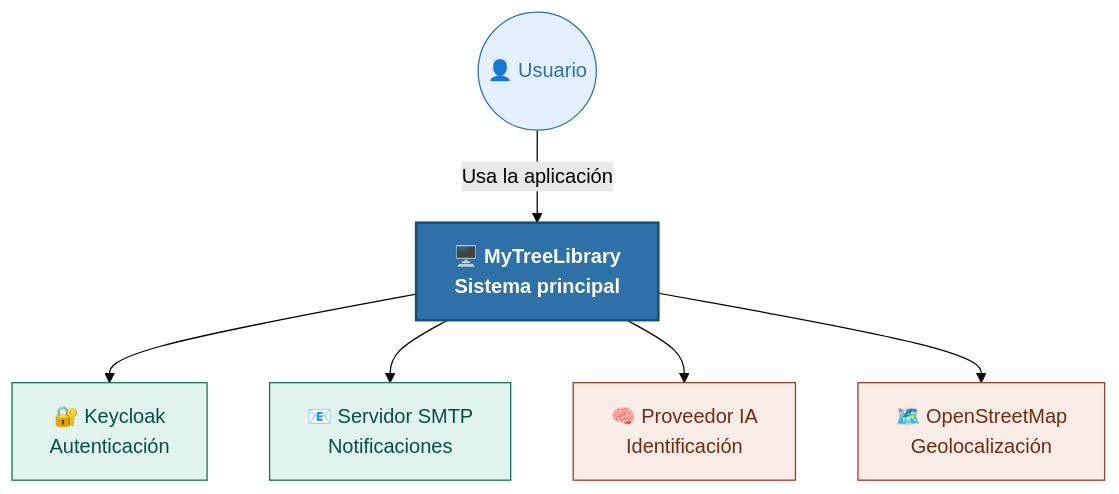
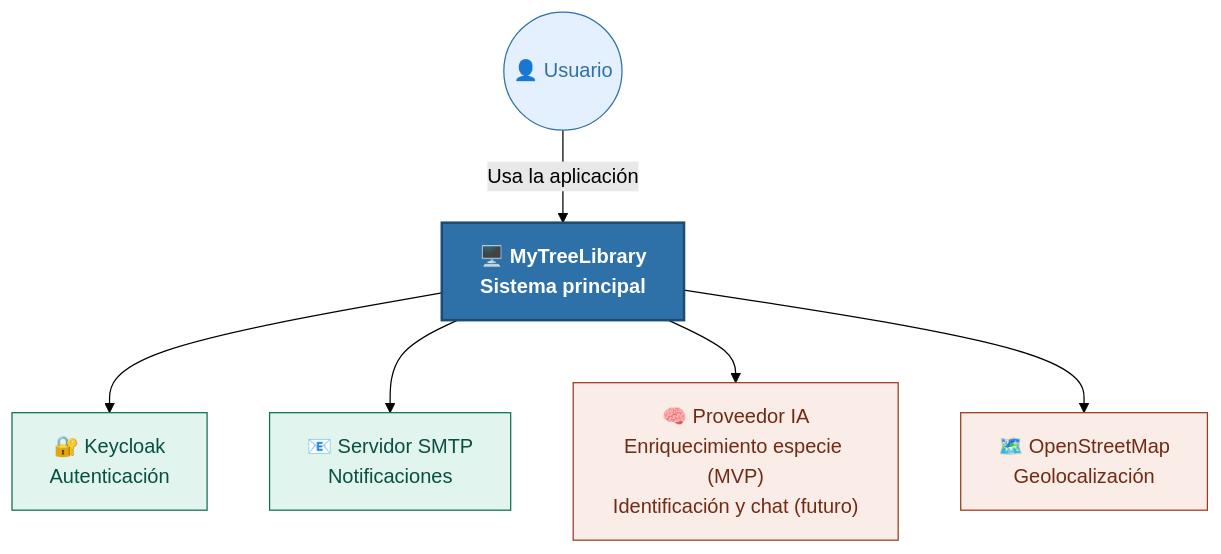
The first of 19 diagrams in readme.md (ldefrutos1/AI4Devs-finalproject), drawn with Mermaid (forest theme) before and after one commit. The commit also changed other lines of this file and 5 other files, not shown here.

````diff
--- a/readme.md
+++ b/readme.md
@@ -89,21 +90,21 @@
 ```mermaid
 flowchart TB
     classDef user fill:#E5F0FF,stroke:#2D71A8,stroke-width:1px,color:#2D71A8
     classDef system fill:#2D71A8,stroke:#1E4B73,stroke-width:2px,color:#FFF,font-weight:bold
     classDef soporte fill:#E1F5EE,stroke:#0F6E56,stroke-width:1px,color:#085041
     classDef externo fill:#FAECE7,stroke:#993C1D,stroke-width:1px,color:#712B13
 
     U(("👤 Usuario")):::user
     S["🖥️ MyTreeLibrary<br>Sistema principal"]:::system
 
     KC["🔐 Keycloak<br>Autenticación"]:::soporte
     SMTP["📧 Servidor SMTP<br>Notificaciones"]:::soporte
-    PIA["🧠 Proveedor IA<br>Identificación"]:::externo
+    PIA["🧠 Proveedor IA<br>Enriquecimiento especie (MVP)<br>Identificación y chat (futuro)"]:::externo
     MAP["🗺️ OpenStreetMap<br>Geolocalización"]:::externo
 
     U -->|Usa la aplicación| S
     S --> KC
     S --> SMTP
     S --> PIA
     S --> MAP
 ```
````
